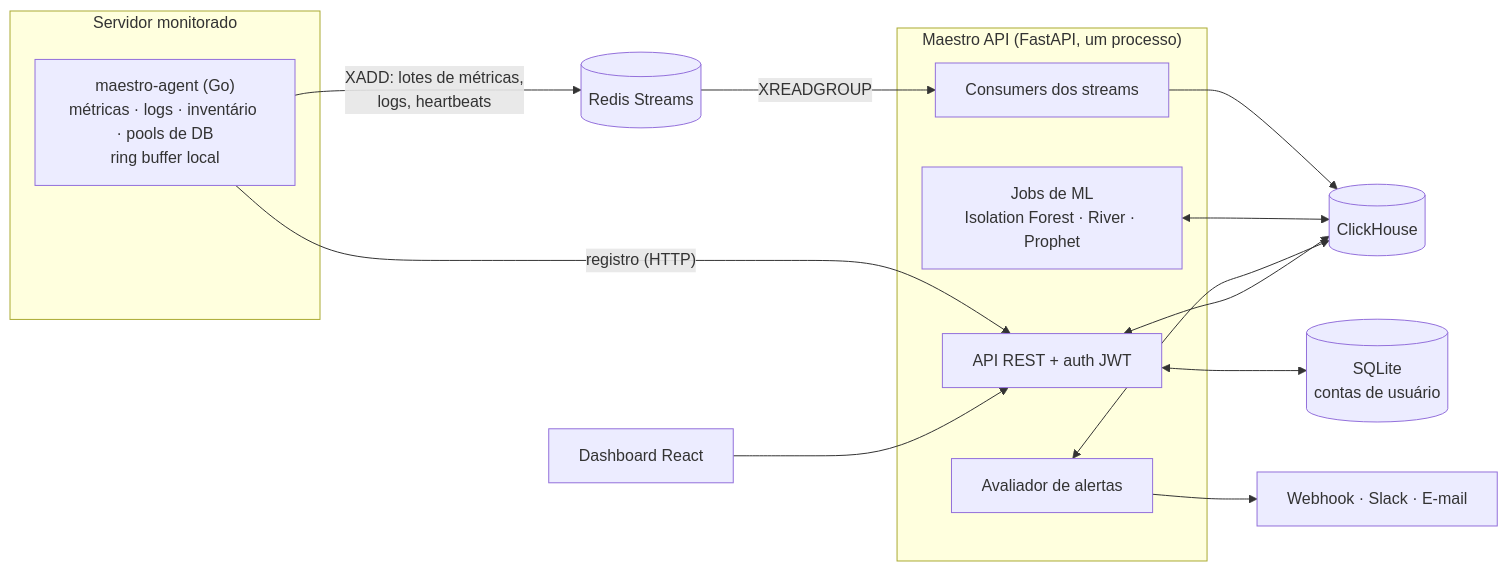
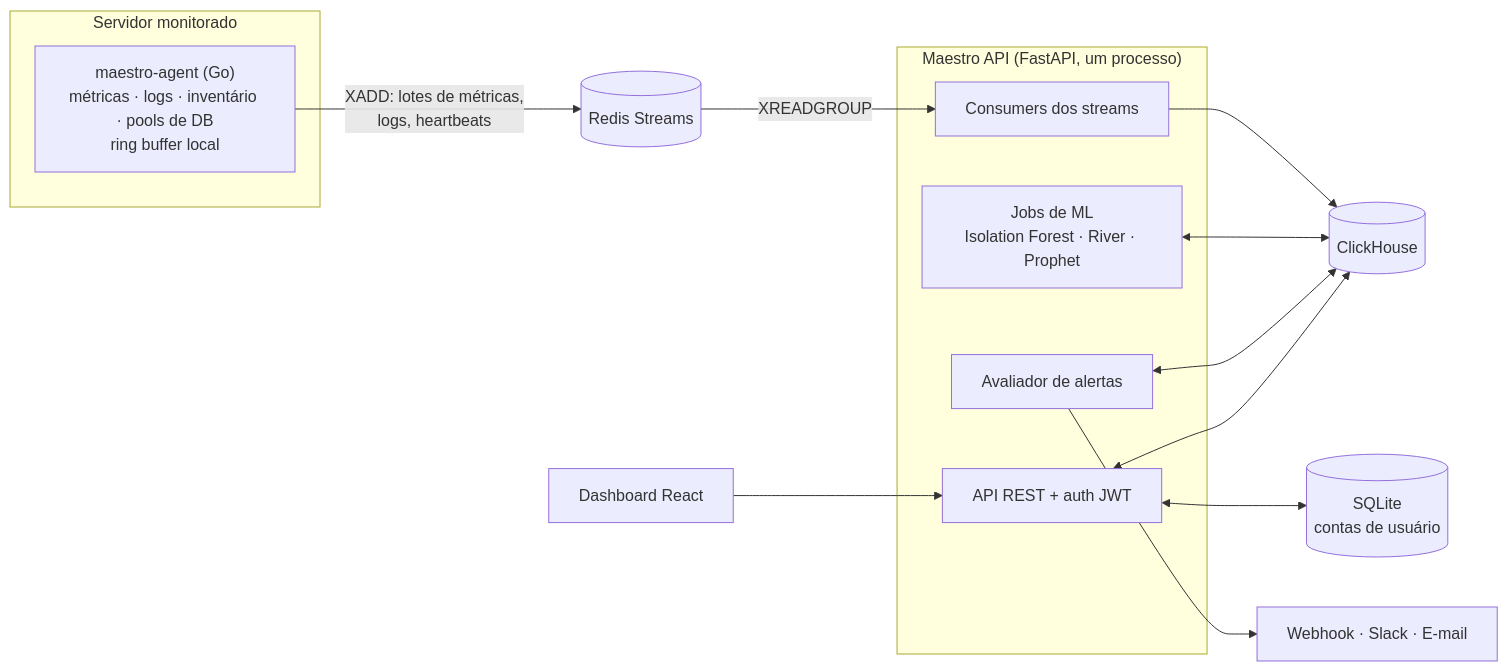
The diagram in README.pt-BR.md (yuriPeixoto/maestro), drawn with Mermaid before and after one commit. The commit also changed other lines of this file and 9 other files, not shown here.

````diff
--- a/README.pt-BR.md
+++ b/README.pt-BR.md
@@ -26,25 +26,24 @@
 ```mermaid
 flowchart LR
     subgraph host["Servidor monitorado"]
         agent["maestro-agent (Go)<br/>métricas · logs · inventário · pools de DB<br/>ring buffer local"]
     end
 
     agent -- "XADD: lotes de métricas,<br/>logs, heartbeats" --> redis[("Redis Streams")]
-    agent -- "registro (HTTP)" --> rest
 
     subgraph api["Maestro API (FastAPI, um processo)"]
         consumers["Consumers dos streams"]
         evaluator["Avaliador de alertas"]
         ml["Jobs de ML<br/>Isolation Forest · River · Prophet"]
         rest["API REST + auth JWT"]
     end
 
     redis -- "XREADGROUP" --> consumers
     consumers --> ch[("ClickHouse")]
     ml <--> ch
     evaluator <--> ch
     rest <--> ch
     rest <--> sqlite[("SQLite<br/>contas de usuário")]
     evaluator --> channels["Webhook · Slack · E-mail"]
     ui["Dashboard React"] --> rest
 ```
````
